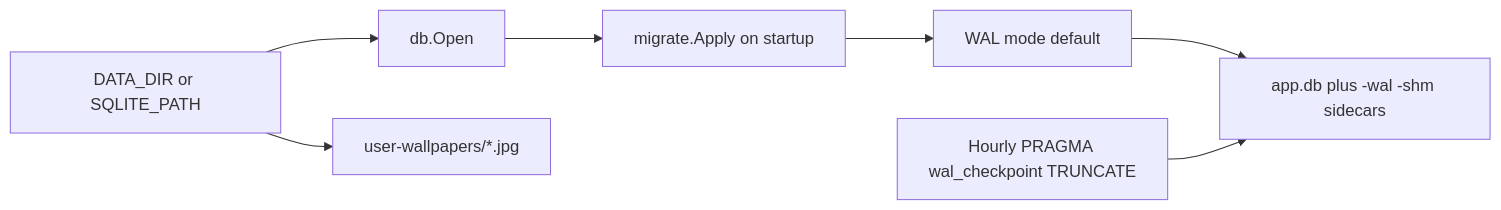
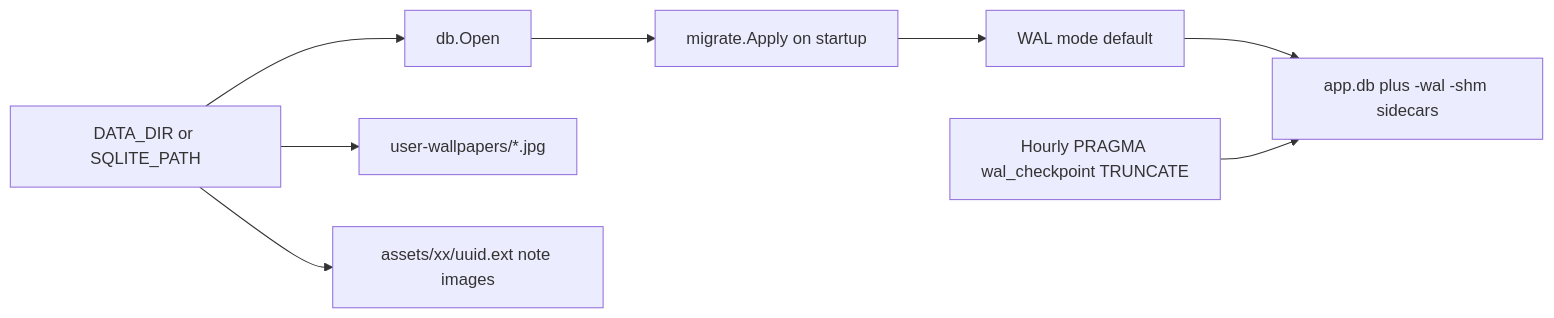
One commit to markrai/scrumboy changed the second of 3 diagrams in docs/diagrams/scrumboy_deployment_ops.md. Above: the diagram before and after it, drawn with Mermaid. The commit also changed other lines of this file and 173 other files, not shown here.

````diff
--- a/docs/diagrams/scrumboy_deployment_ops.md
+++ b/docs/diagrams/scrumboy_deployment_ops.md
@@ -33,14 +35,16 @@
 ```mermaid
 flowchart LR
   Env[DATA_DIR or SQLITE_PATH]
   Open[db.Open]
   Mig[migrate.Apply on startup]
   WAL[WAL mode default]
   Files["app.db plus -wal -shm sidecars"]
   Uploads["user-wallpapers/*.jpg"]
+  Assets["assets/xx/uuid.ext note images"]
   Hourly[Hourly PRAGMA wal_checkpoint TRUNCATE]
 
   Env --> Open --> Mig --> WAL --> Files
   Env --> Uploads
+  Env --> Assets
   Hourly --> Files
 ```
````
